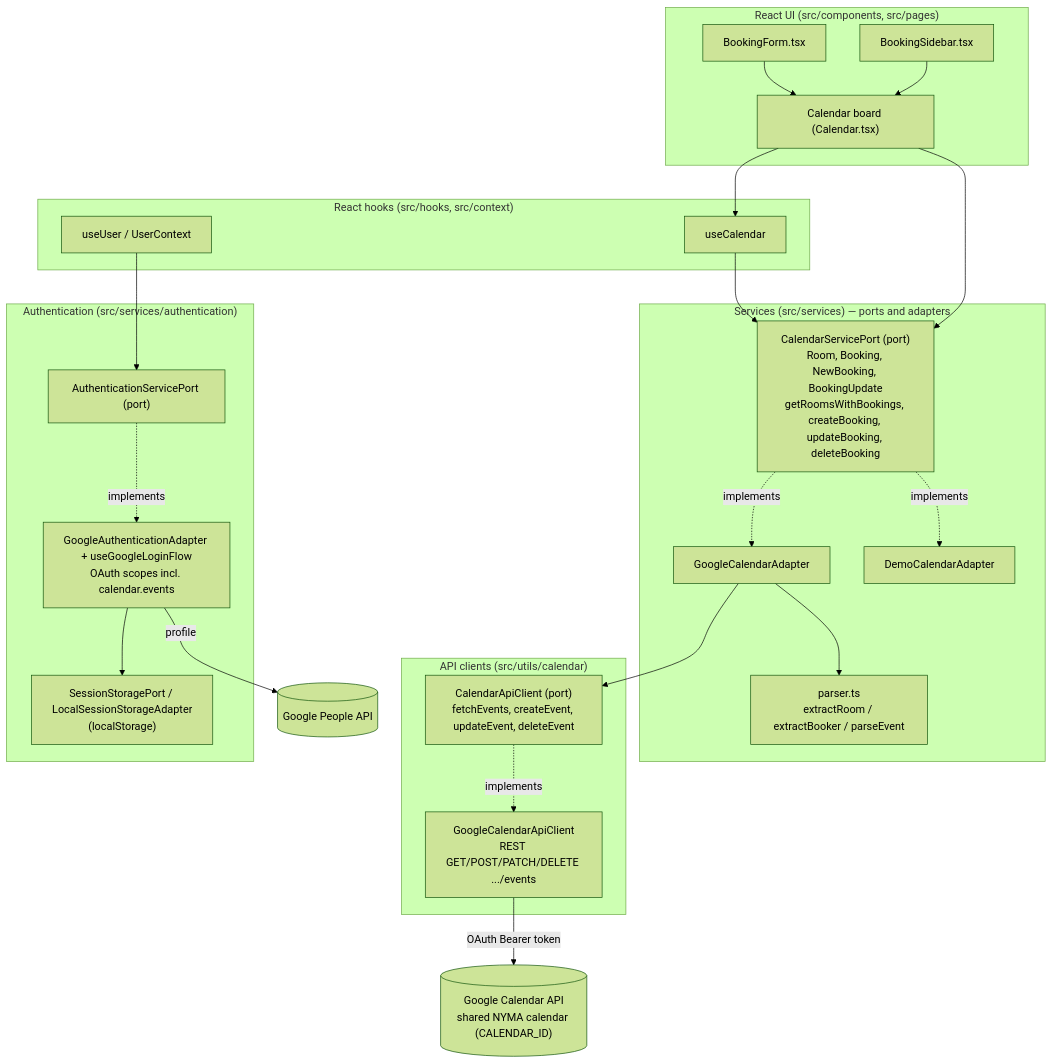
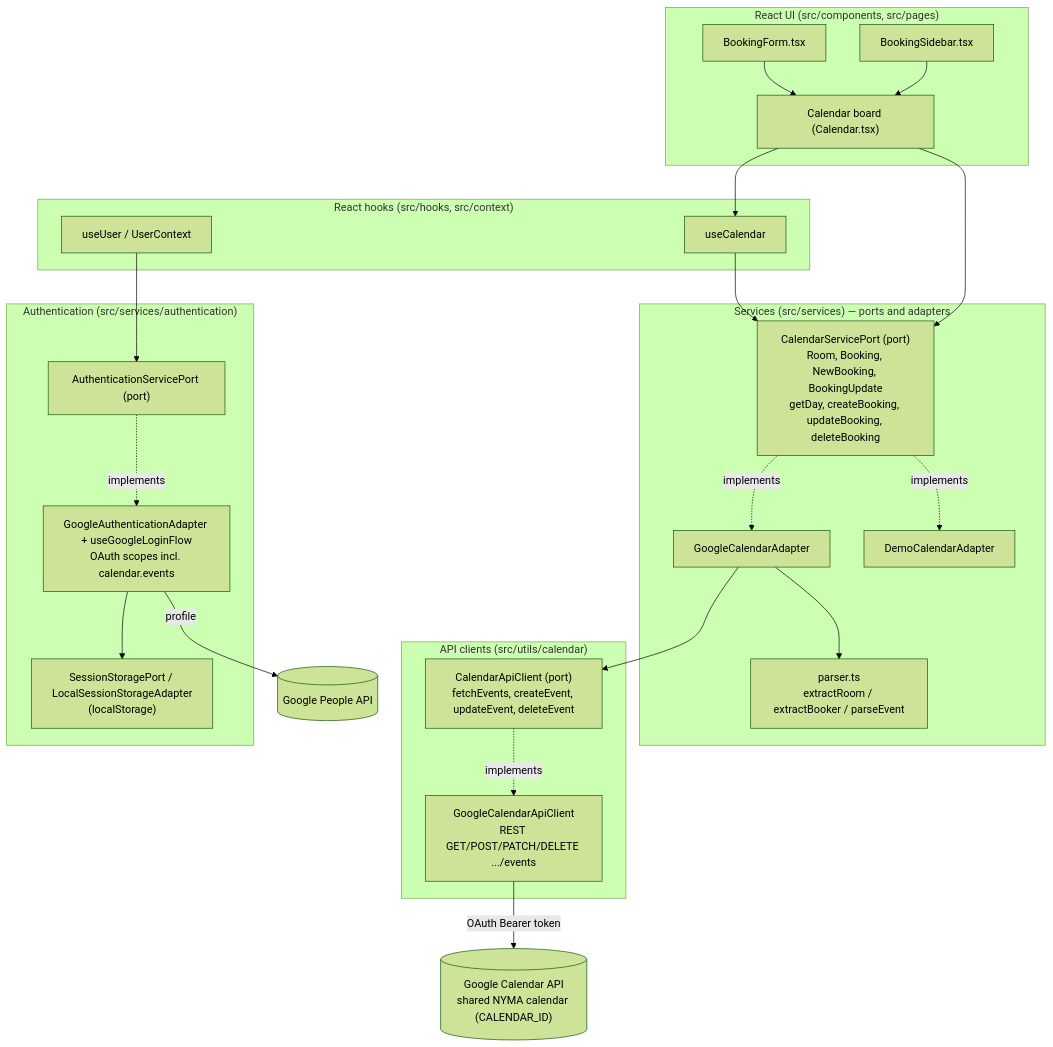
The first of 4 diagrams in docs/architecture.md (berkes/boekjehokje), drawn with Mermaid (forest theme) before and after one commit. The commit also changed other lines of this file and 12 other files, not shown here.

First line of the commit message:
feat: Reload calendar on every day switch.

````diff
--- a/docs/architecture.md
+++ b/docs/architecture.md
@@ -37,50 +37,50 @@
 ```mermaid
 flowchart TB
   subgraph ui["React UI (src/components, src/pages)"]
     Board["Calendar board (Calendar.tsx)"]
     Form["BookingForm.tsx"]
     Sidebar["BookingSidebar.tsx"]
   end
 
   subgraph hooks["React hooks (src/hooks, src/context)"]
     useCalendar["useCalendar"]
     useUser["useUser / UserContext"]
   end
 
   subgraph services["Services (src/services) — ports and adapters"]
-    calPort["CalendarServicePort (port)<br/>Room, Booking, NewBooking, BookingUpdate<br/>getRoomsWithBookings, createBooking, updateBooking, deleteBooking"]
+    calPort["CalendarServicePort (port)<br/>Room, Booking, NewBooking, BookingUpdate<br/>getDay, createBooking, updateBooking, deleteBooking"]
     googleAdapter["GoogleCalendarAdapter"]
     demoAdapter["DemoCalendarAdapter"]
     parser["parser.ts<br/>extractRoom / extractBooker / parseEvent"]
   end
 
   subgraph clients["API clients (src/utils/calendar)"]
     clientPort["CalendarApiClient (port)<br/>fetchEvents, createEvent, updateEvent, deleteEvent"]
     googleClient["GoogleCalendarApiClient<br/>REST GET/POST/PATCH/DELETE .../events"]
   end
 
   subgraph auth["Authentication (src/services/authentication)"]
     authPort["AuthenticationServicePort (port)"]
     googleAuth["GoogleAuthenticationAdapter + useGoogleLoginFlow<br/>OAuth scopes incl. calendar.events"]
     session["SessionStoragePort / LocalSessionStorageAdapter<br/>(localStorage)"]
   end
 
   googleAPI[("Google Calendar API<br/>shared NYMA calendar (CALENDAR_ID)")]
   peopleAPI[("Google People API")]
 
   Board --> useCalendar
   Form --> Board
   Sidebar --> Board
   useCalendar --> calPort
   Board --> calPort
   calPort -. implements .-> googleAdapter
   calPort -. implements .-> demoAdapter
   googleAdapter --> parser
   googleAdapter --> clientPort
   clientPort -. implements .-> googleClient
   googleClient -->|"OAuth Bearer token"| googleAPI
   useUser --> authPort
   authPort -. implements .-> googleAuth
   googleAuth --> session
   googleAuth -->|"profile"| peopleAPI
 ```
````
